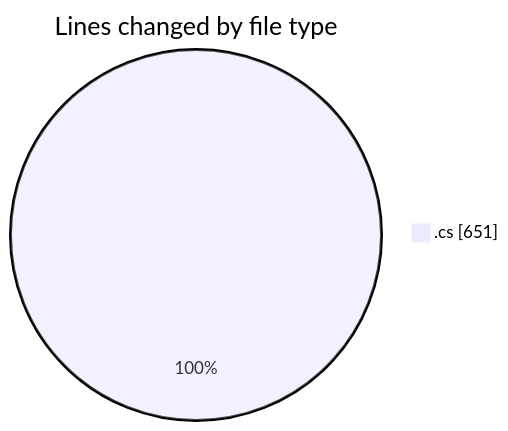
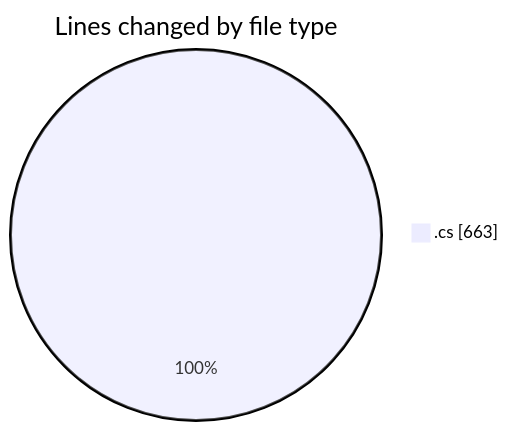
One commit to Netris89/code-tracking changed the first of 2 diagrams in 2025-04-03/back-end/README.md. Above: the diagram before and after it, drawn with Mermaid. The commit also changed other lines of this file and 1 other file, not shown here.

````diff
--- a/2025-04-03/back-end/README.md
+++ b/2025-04-03/back-end/README.md
@@ -22,5 +22,5 @@
 ```mermaid
 pie showData
 title Lines changed by file type
-".cs" : 651
+".cs" : 663
 ```
````
